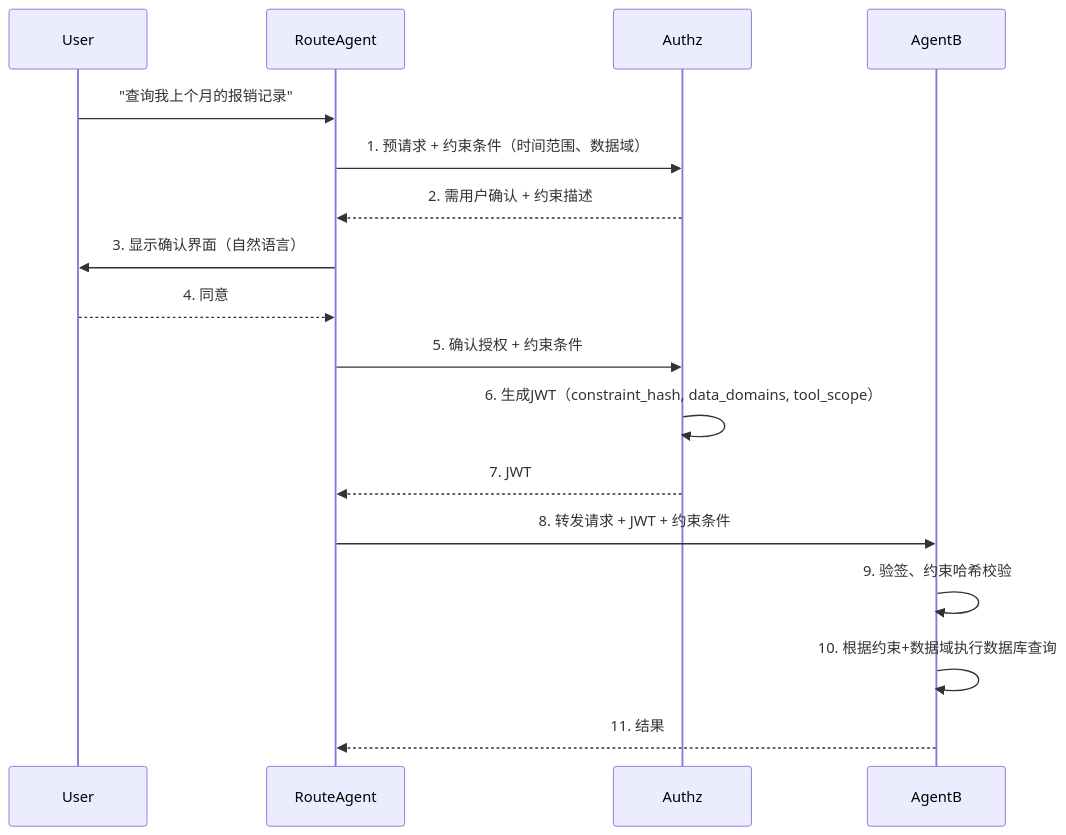
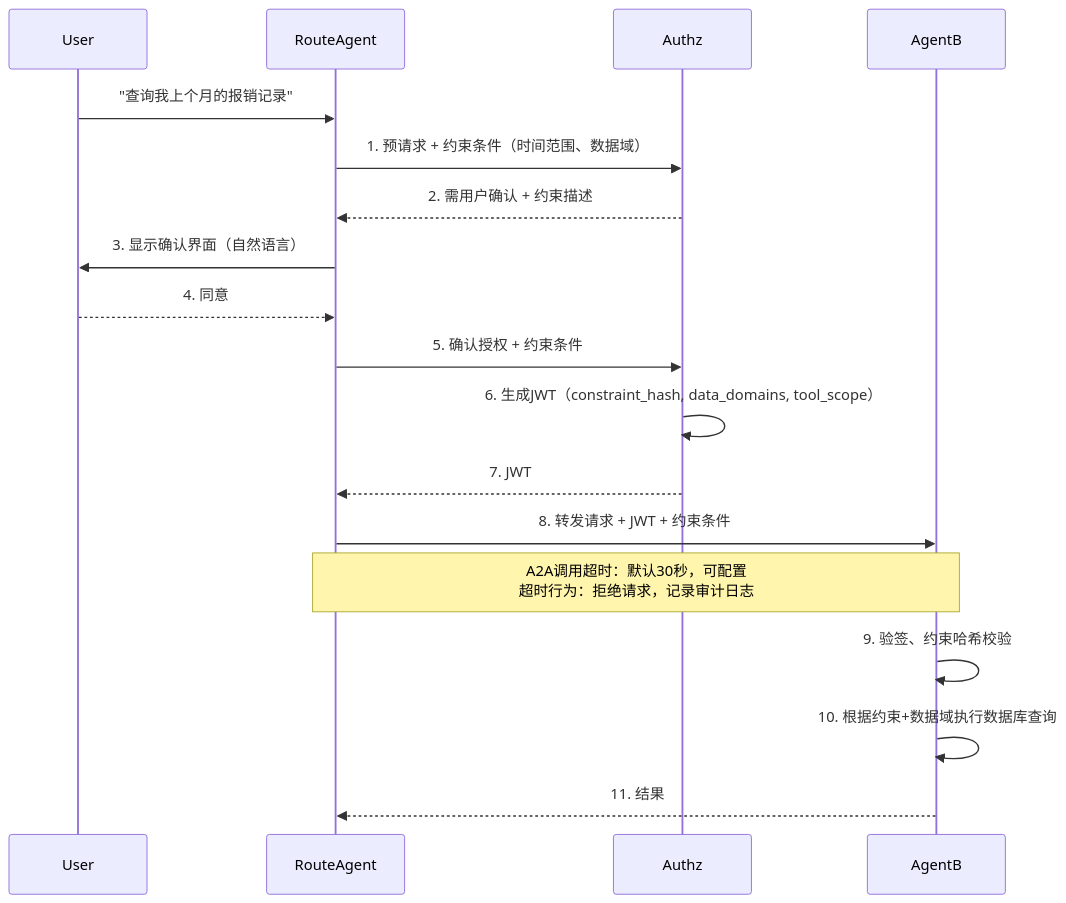
The diagram in security/企业内部 AI Agent 协同平台与权限系统架构设计文档.md (latcn/developer-knowledge), drawn with Mermaid before and after one commit. The commit also changed other lines of this file and 2 other files, not shown here.

````diff
--- a/security/企业内部 AI Agent 协同平台与权限系统架构设计文档.md
+++ b/security/企业内部 AI Agent 协同平台与权限系统架构设计文档.md
@@ -593,20 +999,21 @@
 ```mermaid
 sequenceDiagram
     participant User
     participant RouteAgent
     participant Authz
     participant AgentB
 
     User->>RouteAgent: "查询我上个月的报销记录"
     RouteAgent->>Authz: 1. 预请求 + 约束条件（时间范围、数据域）
     Authz-->>RouteAgent: 2. 需用户确认 + 约束描述
     RouteAgent->>User: 3. 显示确认界面（自然语言）
     User-->>RouteAgent: 4. 同意
     RouteAgent->>Authz: 5. 确认授权 + 约束条件
     Authz->>Authz: 6. 生成JWT（constraint_hash, data_domains, tool_scope）
     Authz-->>RouteAgent: 7. JWT
     RouteAgent->>AgentB: 8. 转发请求 + JWT + 约束条件
+    Note over RouteAgent,AgentB: A2A调用超时：默认30秒，可配置<br/>超时行为：拒绝请求，记录审计日志
     AgentB->>AgentB: 9. 验签、约束哈希校验
     AgentB->>AgentB: 10. 根据约束+数据域执行数据库查询
     AgentB-->>RouteAgent: 11. 结果
 ```
````
